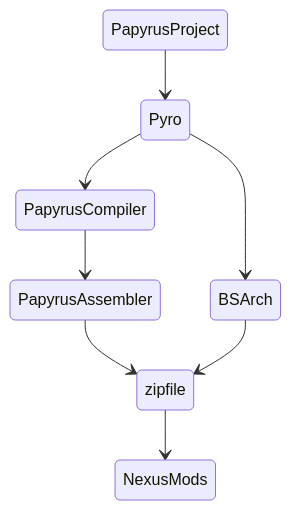
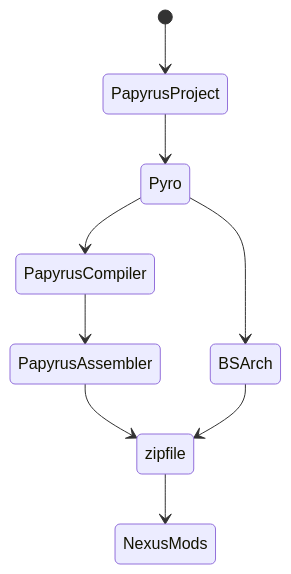
Before and after one commit to fireundubh/playwithfire: the first of 2 diagrams in pyro/workflows.md, drawn with Mermaid. The commit also changed other lines of this file, not shown here.

````diff
--- a/pyro/workflows.md
+++ b/pyro/workflows.md
@@ -24,10 +24,11 @@
 ```mermaid
 stateDiagram
+  [*] --> PapyrusProject
 	PapyrusProject --> Pyro
 	Pyro --> PapyrusCompiler
   PapyrusCompiler --> PapyrusAssembler
   Pyro --> BSArch
   PapyrusAssembler --> zipfile
   BSArch --> zipfile
   zipfile --> NexusMods
 ```
````
